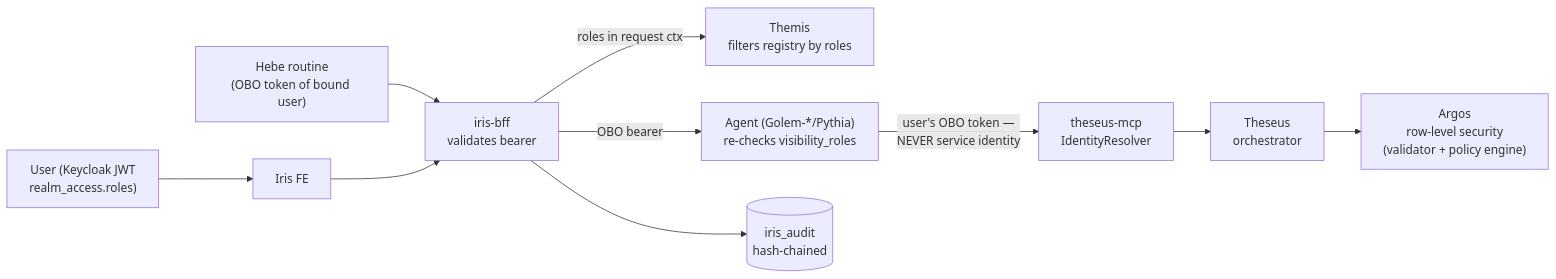
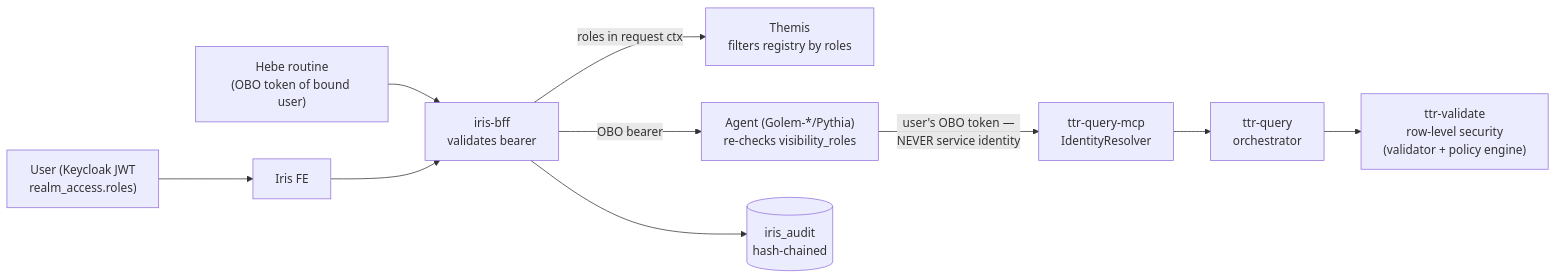
One commit to Collite/kantheon changed the diagram in docs/architecture/kantheon-security.md. Above: the diagram before and after it, drawn with Mermaid. The commit also changed other lines of this file and 1 other file, not shown here.

````diff
--- a/docs/architecture/kantheon-security.md
+++ b/docs/architecture/kantheon-security.md
@@ -23,12 +46,12 @@
 ```mermaid
 flowchart LR
     U["User (Keycloak JWT<br/>realm_access.roles)"] --> FE["Iris FE"]
     H["Hebe routine<br/>(OBO token of bound user)"] --> BFF
     FE --> BFF["iris-bff<br/>validates bearer"]
     BFF -->|"roles in request ctx"| T["Themis<br/>filters registry by roles"]
     BFF -->|"OBO bearer"| A["Agent (Golem-*/Pythia)<br/>re-checks visibility_roles"]
-    A -->|"user's OBO token —<br/>NEVER service identity"| Q["theseus-mcp<br/>IdentityResolver"]
-    Q --> TH["Theseus<br/>orchestrator"]
-    TH --> V["Argos<br/>row-level security<br/>(validator + policy engine)"]
+    A -->|"user's OBO token —<br/>NEVER service identity"| Q["ttr-query-mcp<br/>IdentityResolver"]
+    Q --> TH["ttr-query<br/>orchestrator"]
+    TH --> V["ttr-validate<br/>row-level security<br/>(validator + policy engine)"]
     BFF --> AU[("iris_audit<br/>hash-chained")]
 ```
````
